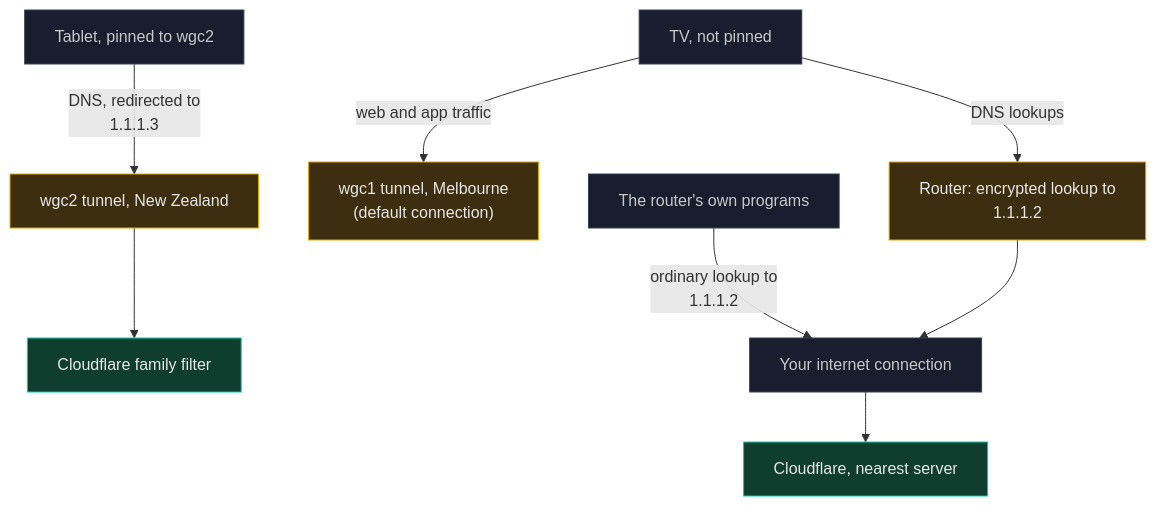
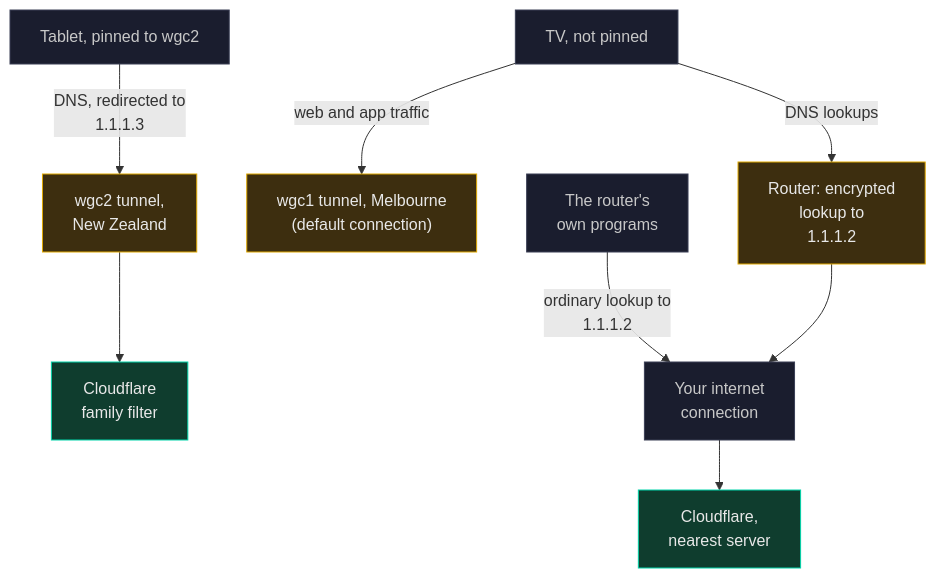
The third of 5 diagrams in ROUTER-DNS.md (ExponentiallyDigital/cfg-pia-wg), drawn with Mermaid before and after one commit. The commit also changed other lines of this file and 18 other files, not shown here.

Commit message:
v0.8.101 build 471 - two windows on the router's DNS, and a removed watchdog stays stopped

````diff
--- a/ROUTER-DNS.md
+++ b/ROUTER-DNS.md
@@ -152,17 +152,17 @@
 ```mermaid
 flowchart TB
-  T["Tablet, pinned to wgc2"] -- "DNS, redirected to<br>1.1.1.3" --> W2["wgc2 tunnel, New Zealand"] --> CFF["Cloudflare family filter"]
+  T["Tablet, pinned to wgc2"] -- "DNS, redirected to<br>1.1.1.3" --> W2["wgc2 tunnel,<br/>New Zealand"] --> CFF["Cloudflare<br/>family filter"]
   TV["TV, not pinned"] -- "web and app traffic" --> W1["wgc1 tunnel, Melbourne<br/>(default connection)"]
-  TV -- "DNS lookups" --> SB["Router: encrypted lookup to<br>1.1.1.2"]
-  RP["The router's own programs"] -- "ordinary lookup to<br>1.1.1.2" --> NET["Your internet connection"]
+  TV -- "DNS lookups" --> SB["Router: encrypted<br/>lookup to<br>1.1.1.2"]
+  RP["The router's<br/>own programs"] -- "ordinary lookup to<br>1.1.1.2" --> NET["Your internet<br/>connection"]
   SB --> NET
-  NET --> CFS["Cloudflare, nearest server"]
+  NET --> CFS["Cloudflare,<br/>nearest server"]
 
   classDef go fill:#0F3D2E,stroke:#00D4AA,color:#E8E8E8
   classDef bad fill:#3D1A1A,stroke:#E05252,color:#E8E8E8
   classDef work fill:#3D2E0F,stroke:#E0A800,color:#E8E8E8
   classDef step fill:#1A1D2E,stroke:#3A3F55,color:#C8C8C8
   class T,TV,RP,NET step
   class W1,W2,SB work
   class CFF,CFS go
 ```
````
